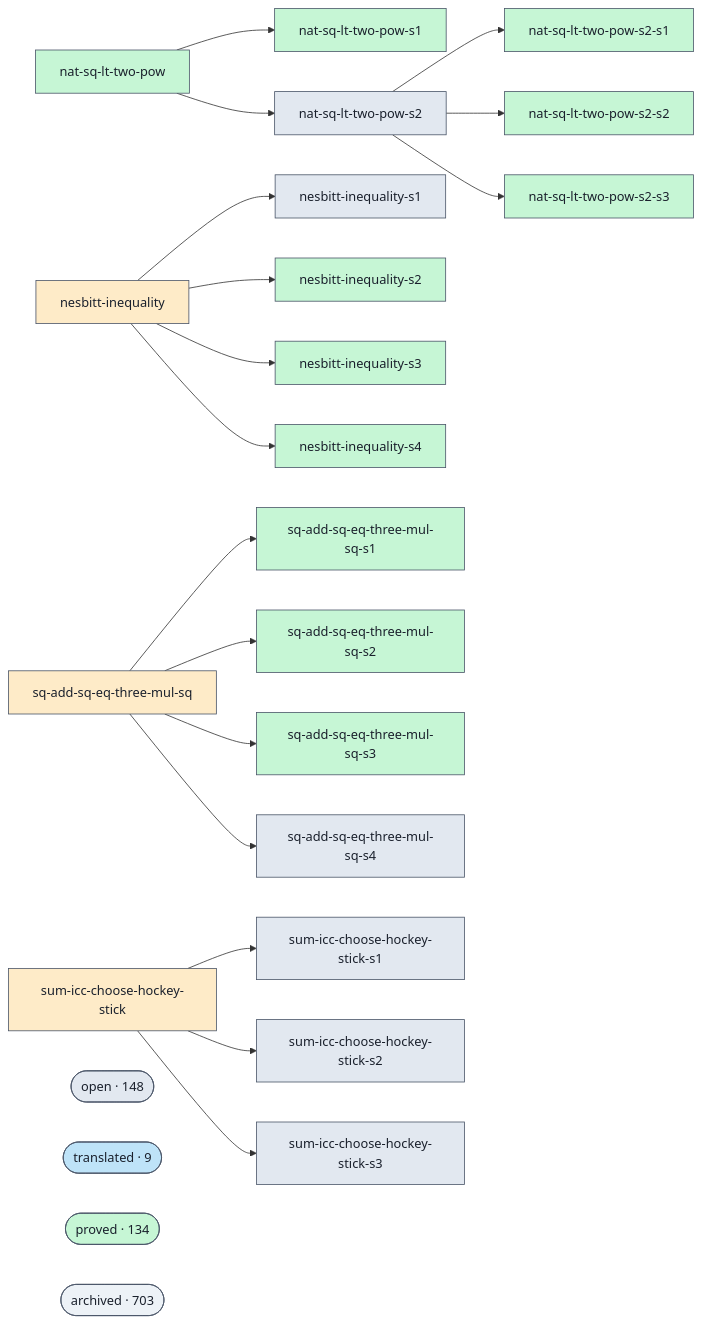
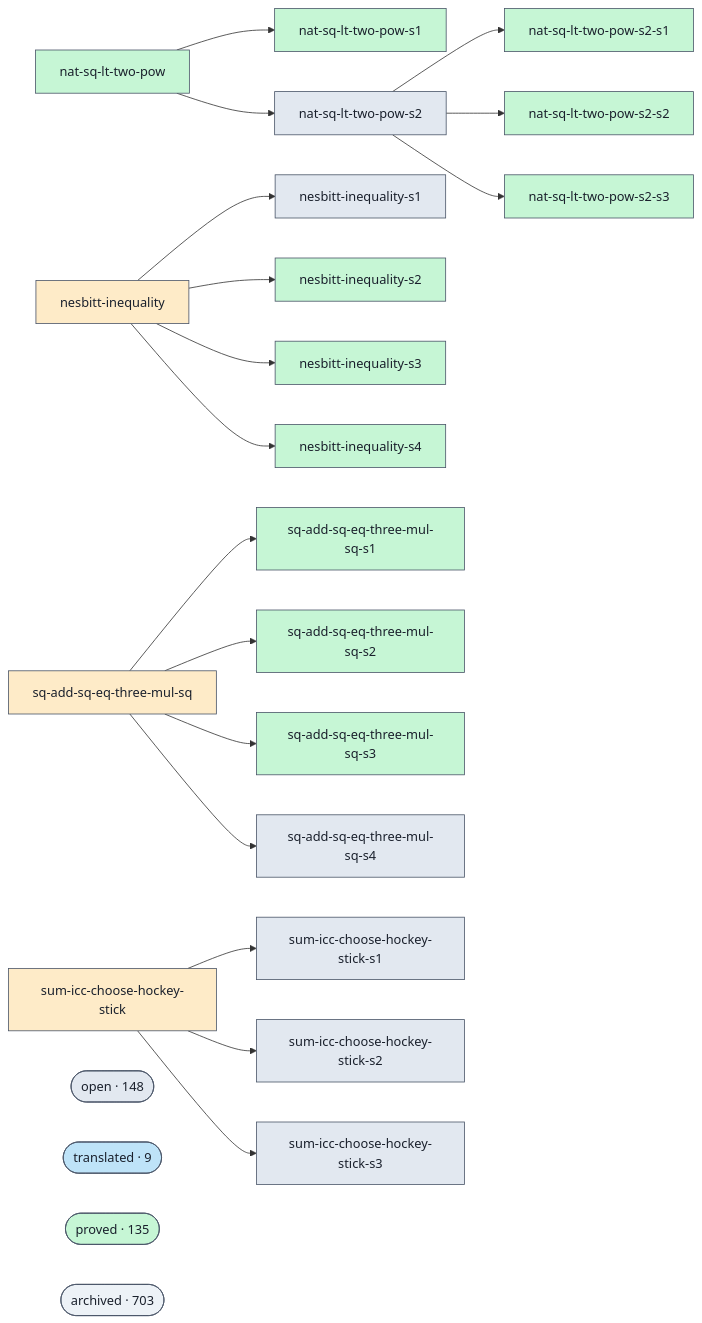
Before and after one commit to ohdearquant/unsorry: the diagram in docs/proofs-contributors-visualisation.md, drawn with Mermaid. The commit also changed other lines of this file and 2 other files, not shown here.

```diff
--- a/docs/proofs-contributors-visualisation.md
+++ b/docs/proofs-contributors-visualisation.md
@@ -102,7 +102,7 @@
   class cluster_open open;
   cluster_translated(["translated · 9"])
   class cluster_translated translated;
-  cluster_proved(["proved · 134"])
+  cluster_proved(["proved · 135"])
   class cluster_proved proved;
   cluster_archived(["archived · 703"])
   class cluster_archived unknown;
```
